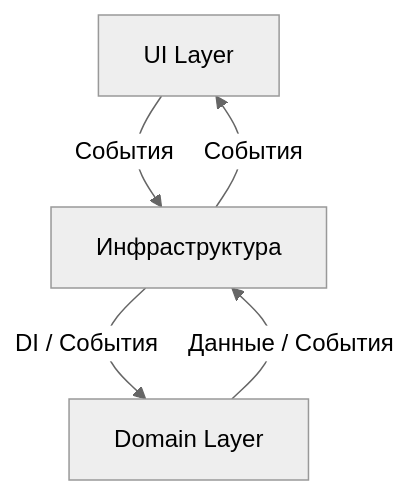
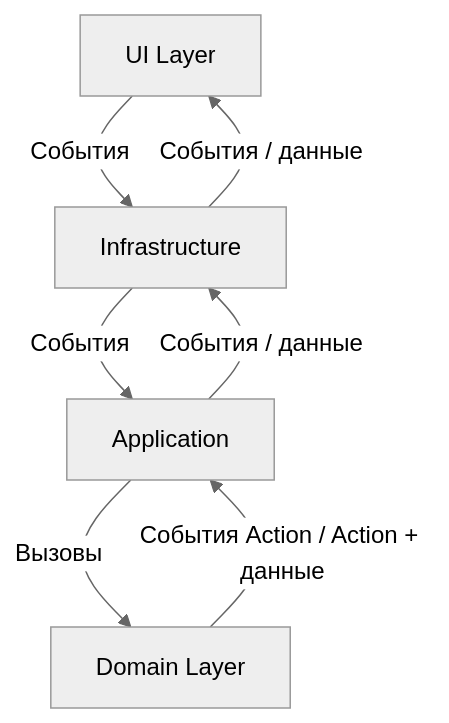
One commit to BlizzyIxyz/Code-Standards changed the first of 4 diagrams in Unity Modular-Layered Architecture.md. Above: the diagram before and after it, drawn with Mermaid (neutral theme). The commit also changed other lines of this file, not shown here.

Commit message:
Update Unity Modular-Layered Architecture.md

````diff
--- a/Unity Modular-Layered Architecture.md
+++ b/Unity Modular-Layered Architecture.md
@@ -16,7 +179,9 @@
 ```mermaid
 graph TD
-    A[UI Layer] -->|События| B[Инфраструктура]
-    B -->|DI / События| C[Domain Layer]
-    C -->|Данные / События| B
-    B -->|События| A
+    A[UI Layer] -->|События| D[Infrastructure]
+    B[Application] -->|Вызовы| C[Domain Layer]
+    C -->|События Action / Action + данные| B
+    B -->|События / данные| D
+    D -->|События / данные| A
+    D -->|События| B
 ```
````
